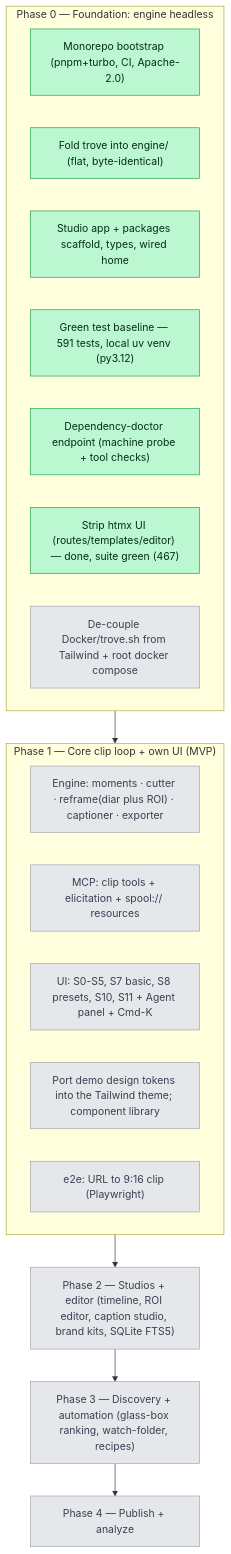
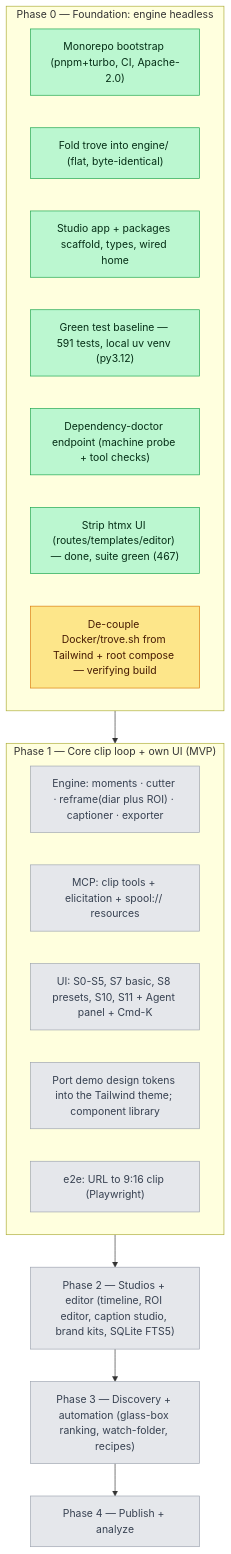
The diagram in docs/PROGRESS.md (afk1997/spool-editor), drawn with Mermaid before and after one commit. The commit also changed other lines of this file and 4 other files, not shown here.

First line of the commit message:
build(engine): headless Docker + trove.sh + root docker compose (B6)

````diff
--- a/docs/PROGRESS.md
+++ b/docs/PROGRESS.md
@@ -11,28 +11,28 @@
 ```mermaid
 graph TD
     subgraph P0["Phase 0 — Foundation: engine headless"]
       B0["Monorepo bootstrap (pnpm+turbo, CI, Apache-2.0)"]:::done
       B1["Fold trove into engine/ (flat, byte-identical)"]:::done
       B2["Studio app + packages scaffold, types, wired home"]:::done
       B3["Green test baseline — 591 tests, local uv venv (py3.12)"]:::done
       B5["Dependency-doctor endpoint (machine probe + tool checks)"]:::done
       B4["Strip htmx UI (routes/templates/editor) — done, suite green (467)"]:::done
-      B6["De-couple Docker/trove.sh from Tailwind + root docker compose"]:::todo
+      B6["De-couple Docker/trove.sh from Tailwind + root compose — verifying build"]:::wip
     end
     subgraph P1["Phase 1 — Core clip loop + own UI (MVP)"]
       C1["Engine: moments · cutter · reframe(diar plus ROI) · captioner · exporter"]:::todo
       C2["MCP: clip tools + elicitation + spool:// resources"]:::todo
       C3["UI: S0-S5, S7 basic, S8 presets, S10, S11 + Agent panel + Cmd-K"]:::todo
       C4["Port demo design tokens into the Tailwind theme; component library"]:::todo
       C5["e2e: URL to 9:16 clip (Playwright)"]:::todo
     end
     P2["Phase 2 — Studios + editor (timeline, ROI editor, caption studio, brand kits, SQLite FTS5)"]:::todo
     P3["Phase 3 — Discovery + automation (glass-box ranking, watch-folder, recipes)"]:::todo
     P4["Phase 4 — Publish + analyze"]:::todo
 
     P0 --> P1 --> P2 --> P3 --> P4
 
     classDef done fill:#bbf7d0,stroke:#16a34a,color:#052e16;
     classDef wip  fill:#fde68a,stroke:#d97706,color:#451a03;
     classDef todo fill:#e5e7eb,stroke:#9ca3af,color:#374151;
 ```
````
